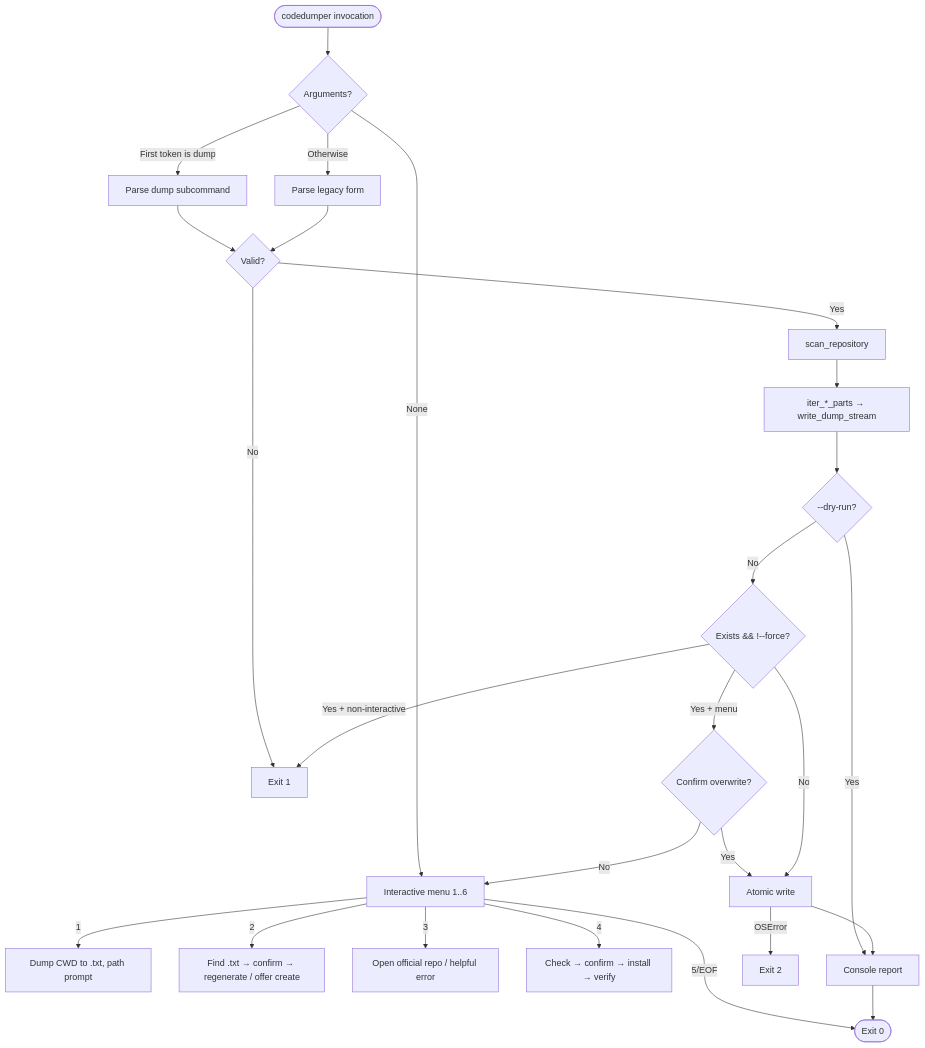
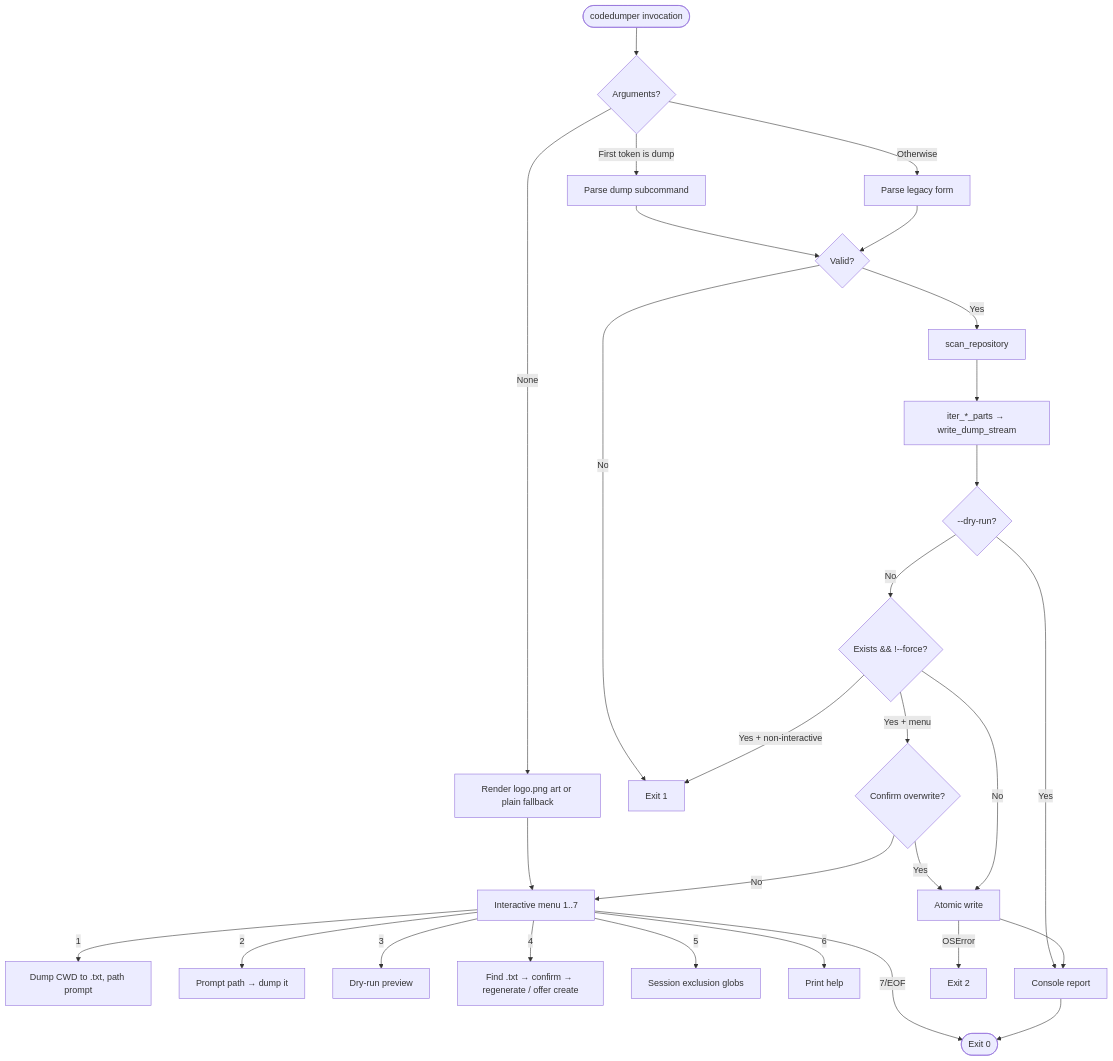
One commit to farhadakhtar/code_dumper changed the first of 2 diagrams in docs/DRD.md. Above: the diagram before and after it, drawn with Mermaid. The commit also changed other lines of this file, not shown here.

````diff
--- a/docs/DRD.md
+++ b/docs/DRD.md
@@ -232,27 +251,30 @@
 ```mermaid
 flowchart TD
     Invoke([codedumper invocation]) --> HasArgs{Arguments?}
-    HasArgs -->|None| Menu[Interactive menu 1..6]
+    HasArgs -->|None| Logo[Render logo.png art or plain fallback]
+    Logo --> Menu[Interactive menu 1..7]
     HasArgs -->|First token is dump| Sub[Parse dump subcommand]
     HasArgs -->|Otherwise| Leg[Parse legacy form]
     Menu -->|1| Get[Dump CWD to .txt, path prompt]
-    Menu -->|2| Update[Find .txt → confirm → regenerate / offer create]
-    Menu -->|3| Browser[Open official repo / helpful error]
-    Menu -->|4| Updater[Check → confirm → install → verify]
-    Menu -->|5/EOF| Exit0([Exit 0])
+    Menu -->|2| Other[Prompt path → dump it]
+    Menu -->|3| Dry[Dry-run preview]
+    Menu -->|4| Update[Find .txt → confirm → regenerate / offer create]
+    Menu -->|5| Excl[Session exclusion globs]
+    Menu -->|6| Help[Print help]
+    Menu -->|7/EOF| Exit0([Exit 0])
     Sub --> Val{Valid?}
     Leg --> Val
     Val -->|No| Exit1[Exit 1]
     Val -->|Yes| Scan[scan_repository]
     Scan --> Stream[iter_*_parts → write_dump_stream]
     Stream --> IsDry{--dry-run?}
     IsDry -->|Yes| Report[Console report]
     IsDry -->|No| Guard{Exists && !--force?}
     Guard -->|Yes + non-interactive| Exit1
     Guard -->|Yes + menu| Confirm{Confirm overwrite?}
     Confirm -->|No| Menu
     Confirm -->|Yes| Write[Atomic write]
     Guard -->|No| Write
     Write -->|OSError| Exit2[Exit 2]
     Write --> Report --> Exit0
 ```
````
